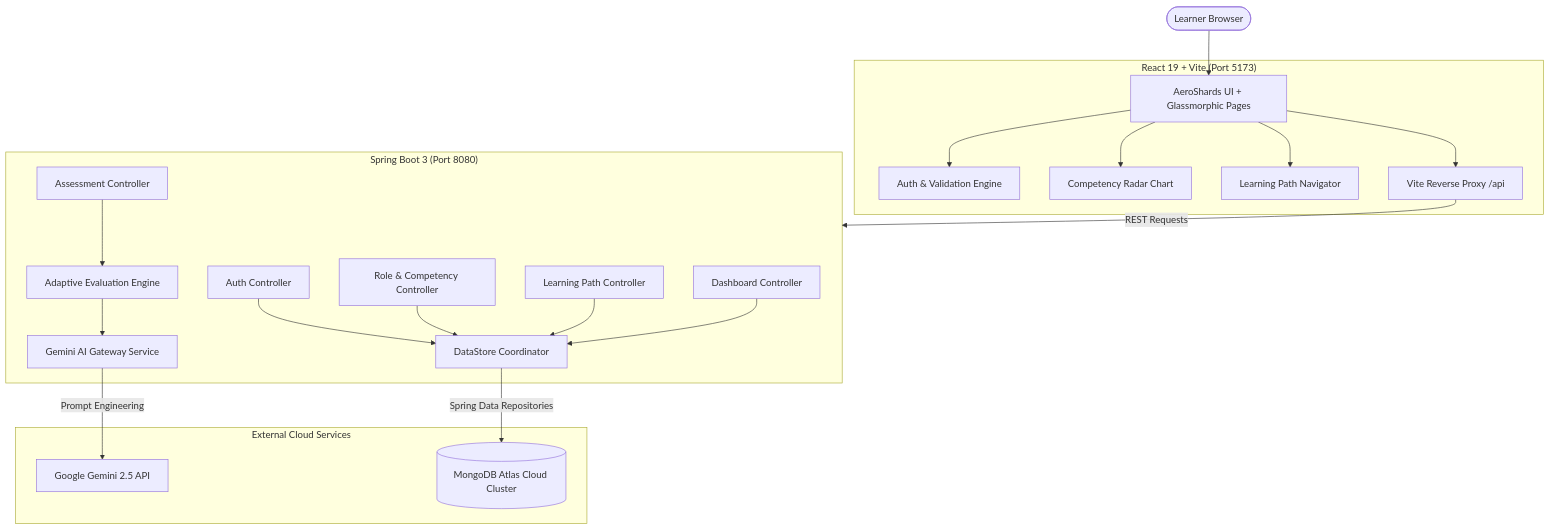
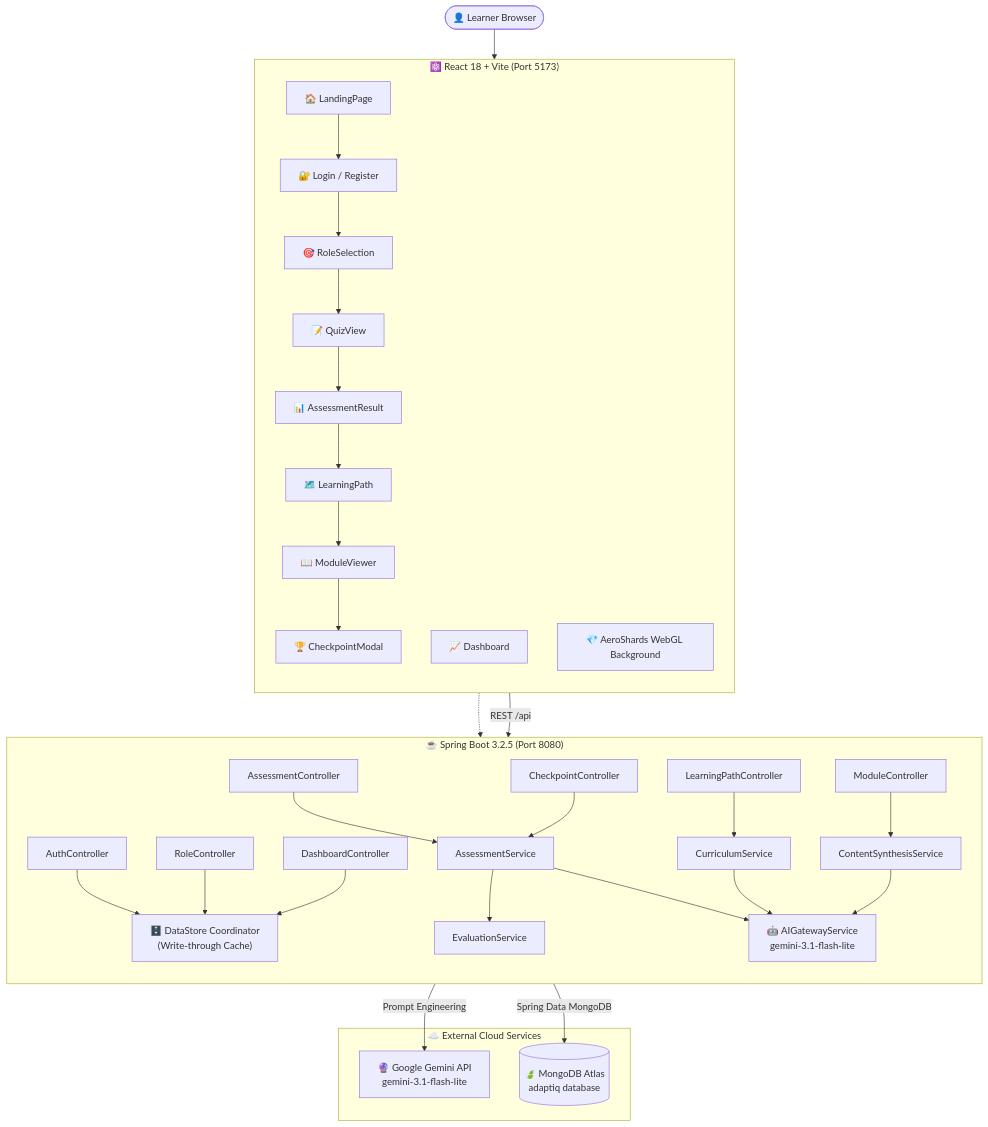
One commit to kirankumarmaddukuri/AdaptIQ changed the diagram in README.md. Above: the diagram before and after it, drawn with Mermaid. The commit also changed other lines of this file, not shown here.

Commit message:
docs: fix architecture diagram with correct model (gemini-3.1-flash-lite), add all current components and services

````diff
--- a/README.md
+++ b/README.md
@@ -62,47 +62,69 @@
 ```mermaid
 graph TD
-    User([Learner Browser])
-    
-    subgraph Frontend ["React 19 + Vite (Port 5173)"]
-        UI[AeroShards UI + Glassmorphic Pages]
-        AuthForm[Auth & Validation Engine]
-        Radar[Competency Radar Chart]
-        PathView[Learning Path Navigator]
-        Proxy[Vite Reverse Proxy /api]
+    User(["👤 Learner Browser"])
+
+    subgraph Frontend ["⚛️  React 18 + Vite  (Port 5173)"]
+        direction TB
+        Landing["🏠 LandingPage"]
+        Auth["🔐 Login / Register"]
+        Roles["🎯 RoleSelection"]
+        Quiz["📝 QuizView"]
+        Result["📊 AssessmentResult"]
+        Path["🗺️  LearningPath"]
+        Module["📖 ModuleViewer"]
+        Dash["📈 Dashboard"]
+        Checkpoint["🏆 CheckpointModal"]
+        AeroShards["💎 AeroShards WebGL Background"]
     end
 
-    subgraph Backend ["Spring Boot 3 (Port 8080)"]
-        AuthCtrl[Auth Controller]
-        RoleCtrl[Role & Competency Controller]
-        AssessCtrl[Assessment Controller]
-        PathCtrl[Learning Path Controller]
-        DashCtrl[Dashboard Controller]
-        
-        AI_GW[Gemini AI Gateway Service]
-        Engine[Adaptive Evaluation Engine]
-        DataStore[DataStore Coordinator]
+    subgraph Backend ["☕ Spring Boot 3.2.5  (Port 8080)"]
+        direction TB
+        AuthCtrl["AuthController"]
+        RoleCtrl["RoleController"]
+        AssessCtrl["AssessmentController"]
+        PathCtrl["LearningPathController"]
+        ModCtrl["ModuleController"]
+        DashCtrl["DashboardController"]
+        CheckCtrl["CheckpointController"]
+
+        AI_GW["🤖 AIGatewayService\ngemini-3.1-flash-lite"]
+        AssessSvc["AssessmentService"]
+        CurriculumSvc["CurriculumService"]
+        ContentSvc["ContentSynthesisService"]
+        EvalSvc["EvaluationService"]
+        DataStore["🗄️  DataStore Coordinator\n(Write-through Cache)"]
     end
 
-    subgraph Cloud ["External Cloud Services"]
-        Gemini[Google Gemini 2.5 API]
-        Atlas[(MongoDB Atlas Cloud Cluster)]
+    subgraph Cloud ["☁️  External Cloud Services"]
+        Gemini["🔮 Google Gemini API\ngemini-3.1-flash-lite"]
+        Atlas[("🍃 MongoDB Atlas\nadaptiq database")]
     end
 
-    User --> UI
-    UI --> AuthForm
-    UI --> Radar
-    UI --> PathView
-    UI --> Proxy
-    Proxy -->|REST Requests| Backend
-    
+    User --> Landing
+    Landing --> Auth
+    Auth --> Roles
+    Roles --> Quiz
+    Quiz --> Result
+    Result --> Path
+    Path --> Module
+    Module --> Checkpoint
+    Dash -.-> DataStore
+
+    Frontend -->|"REST /api"| Backend
+
     AuthCtrl --> DataStore
     RoleCtrl --> DataStore
-    PathCtrl --> DataStore
+    AssessCtrl --> AssessSvc
+    PathCtrl --> CurriculumSvc
+    ModCtrl --> ContentSvc
     DashCtrl --> DataStore
-    AssessCtrl --> Engine
-    
-    Engine --> AI_GW
-    AI_GW -->|Prompt Engineering| Gemini
-    
-    DataStore -->|Spring Data Repositories| Atlas
+    CheckCtrl --> AssessSvc
+
+    AssessSvc --> EvalSvc
+    AssessSvc --> AI_GW
+    CurriculumSvc --> AI_GW
+    ContentSvc --> AI_GW
+
+    AI_GW -->|"Prompt Engineering"| Gemini
+    DataStore -->|"Spring Data MongoDB"| Atlas
 ```
````
